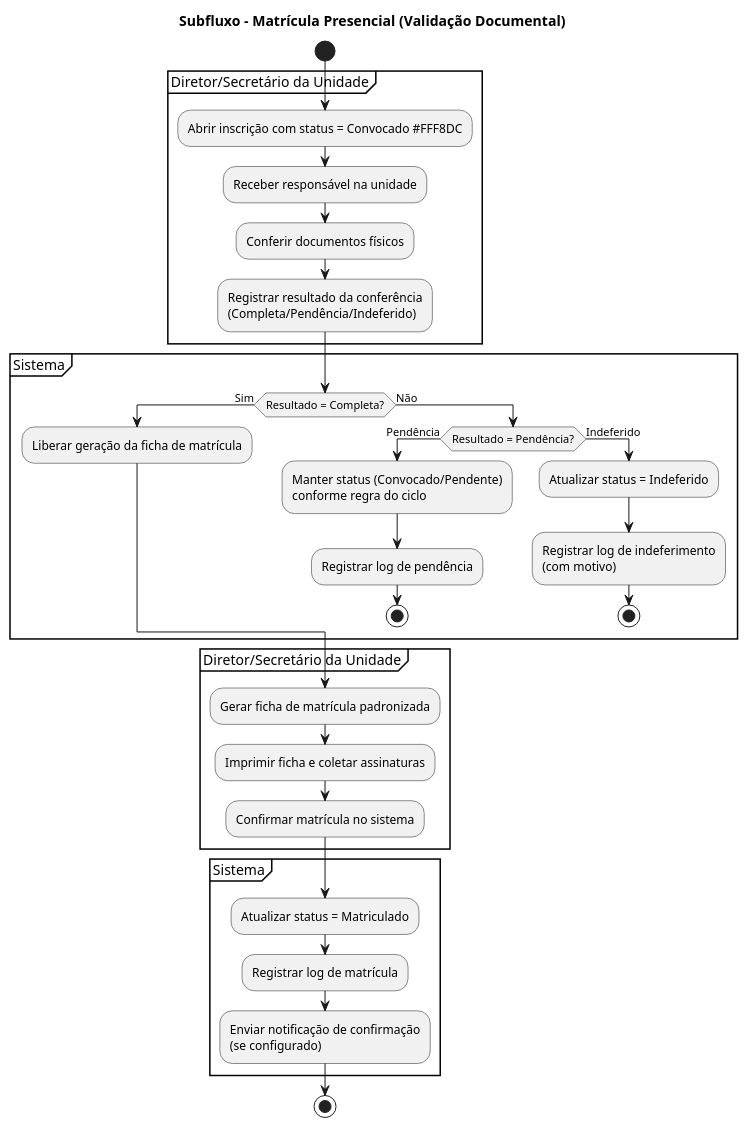
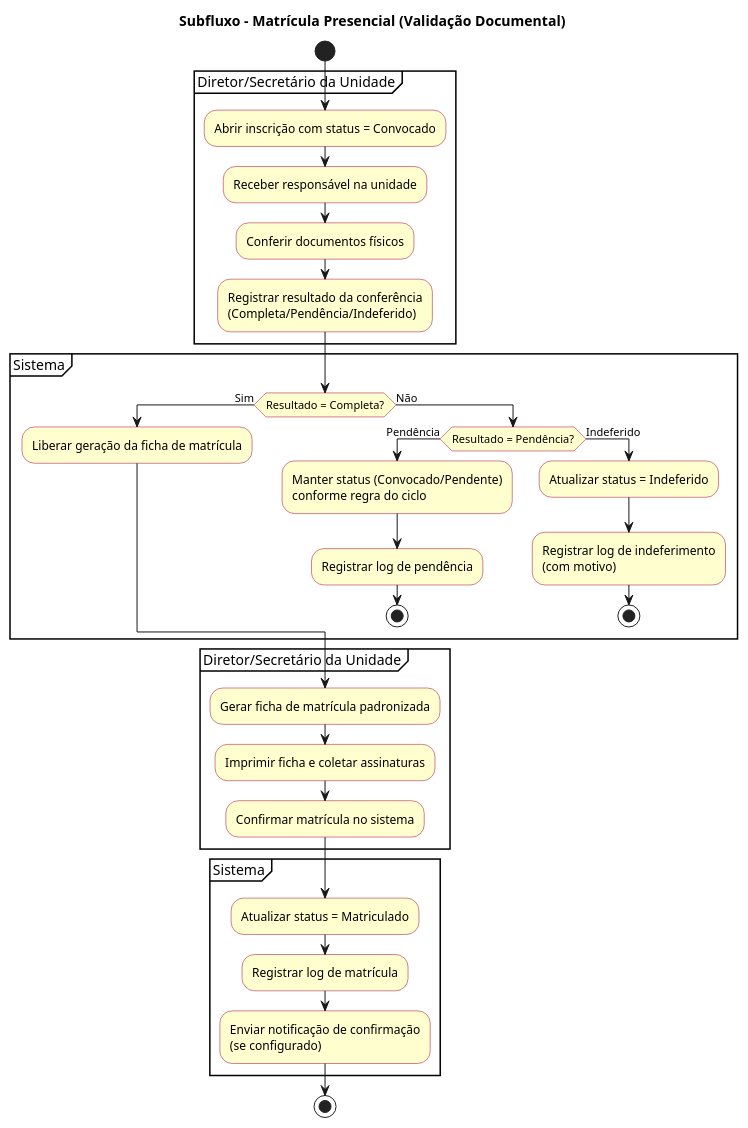
One commit to maxwelldeveloper7/vagas-creche changed the diagram in docs/assets/atividade_fluxo_4.md. Above: the diagram before and after it, drawn with PlantUML. The commit also changed 7 other files, not shown here.

```diff
--- a/docs/assets/atividade_fluxo_4.md
+++ b/docs/assets/atividade_fluxo_4.md
@@ -1,42 +1,48 @@
 @startuml
+
+skinparam activity {
+  BackgroundColor #FEFECE
+  BorderColor #A80036
+}
+
 title Subfluxo - Matrícula Presencial (Validação Documental)
 
 start
 
-partition "Diretor/Secretário da Unidade" {
-  :Abrir inscrição com status = Convocado #FFF8DC;
+partition "Diretor/Secretário da Unidade"{
+  :Abrir inscrição com status = Convocado;
   :Receber responsável na unidade;
   :Conferir documentos físicos;
   :Registrar resultado da conferência\n(Completa/Pendência/Indeferido);
 }
 
 partition "Sistema" {
   if (Resultado = Completa?) then (Sim)
     :Liberar geração da ficha de matrícula;
   else (Não)
     if (Resultado = Pendência?) then (Pendência)
       :Manter status (Convocado/Pendente)\nconforme regra do ciclo;
       :Registrar log de pendência;
       stop
     else (Indeferido)
       :Atualizar status = Indeferido;
       :Registrar log de indeferimento\n(com motivo);
       stop
     endif
   endif
 }
 
 partition "Diretor/Secretário da Unidade" {
   :Gerar ficha de matrícula padronizada;
   :Imprimir ficha e coletar assinaturas;
   :Confirmar matrícula no sistema;
 }
 
 partition "Sistema" {
   :Atualizar status = Matriculado;
   :Registrar log de matrícula;
   :Enviar notificação de confirmação\n(se configurado);
 }
 
 stop
 @enduml
```
